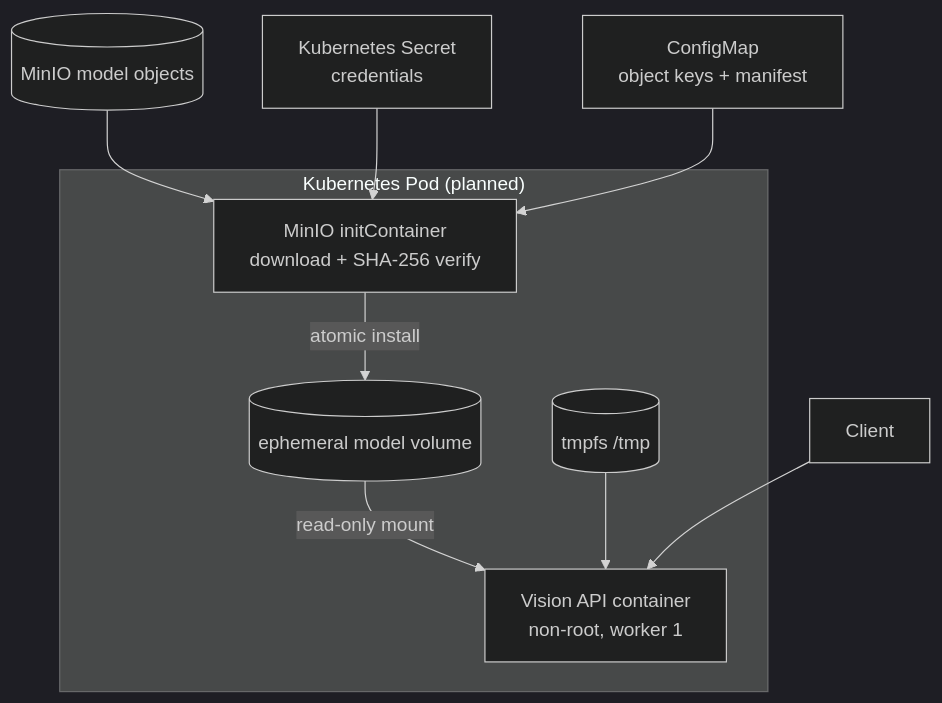
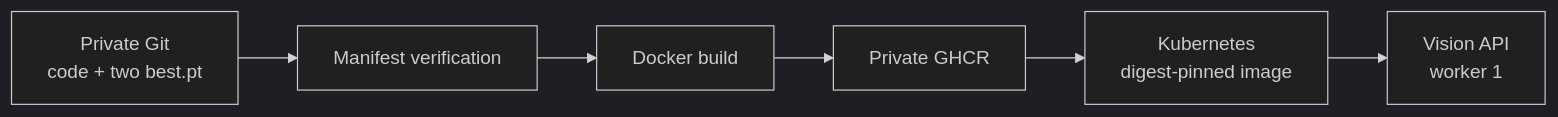
One commit to nhnacademy-aiot3-yes-ai-do/Vision_server changed the fourth of 4 diagrams in docs/ARCHITECTURE.md. Above: the diagram before and after it, drawn with Mermaid (dark theme). The commit also changed other lines of this file and 99 other files, not shown here.

````diff
--- a/docs/ARCHITECTURE.md
+++ b/docs/ARCHITECTURE.md
@@ -121,16 +170,11 @@
 ```mermaid
-flowchart TB
-    subgraph Pod["Kubernetes Pod (planned)"]
-        I[MinIO initContainer<br/>download + SHA-256 verify]
-        M[(ephemeral model volume)]
-        A[Vision API container<br/>non-root, worker 1]
-        T[(tmpfs /tmp)]
-        I -->|atomic install| M
-        M -->|read-only mount| A
-        T --> A
-    end
-    O[(MinIO model objects)] --> I
-    S[Kubernetes Secret<br/>credentials] --> I
-    CM[ConfigMap<br/>object keys + manifest] --> I
-    C[Client] --> A
+flowchart LR
+    G[Private Git<br/>code + two best.pt]
+    V[Manifest verification]
+    B[Docker build]
+    R[Private GHCR]
+    K[Kubernetes<br/>digest-pinned image]
+    A[Vision API<br/>worker 1]
+
+    G --> V --> B --> R --> K --> A
 ```
````
